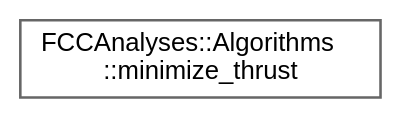
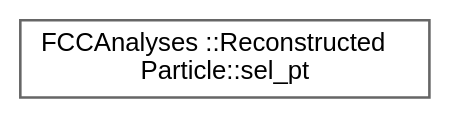
One commit to HEP-FCC/FCCAnalyses changed the diagram in doc/latest/inherit_graph_24.dot. Above: the diagram before and after it, drawn with Graphviz. The commit also changed 117 other files, not shown here.

```diff
--- a/doc/latest/inherit_graph_24.dot
+++ b/doc/latest/inherit_graph_24.dot
@@ -1,9 +1,9 @@
 digraph "Graphical Class Hierarchy"
 {
  // LATEX_PDF_SIZE
   bgcolor="transparent";
   edge [fontname=Helvetica,fontsize=10,labelfontname=Helvetica,labelfontsize=10];
   node [fontname=Helvetica,fontsize=10,shape=box,height=0.2,width=0.4];
   rankdir="LR";
-  Node0 [id="Node000000",label="FCCAnalyses::Algorithms\l::minimize_thrust",height=0.2,width=0.4,color="grey40", fillcolor="white", style="filled",URL="$structFCCAnalyses_1_1Algorithms_1_1minimize__thrust.html",tooltip="Finds the thrust axis based on a list of px, py, pz."];
+  Node0 [id="Node000000",label="FCCAnalyses ::Reconstructed\lParticle::sel_pt",height=0.2,width=0.4,color="grey40", fillcolor="white", style="filled",URL="$structFCCAnalyses_01_1_1ReconstructedParticle_1_1sel__pt.html",tooltip="select ReconstructedParticles with transverse momentum greater than a minimum value [GeV]"];
 }
```
